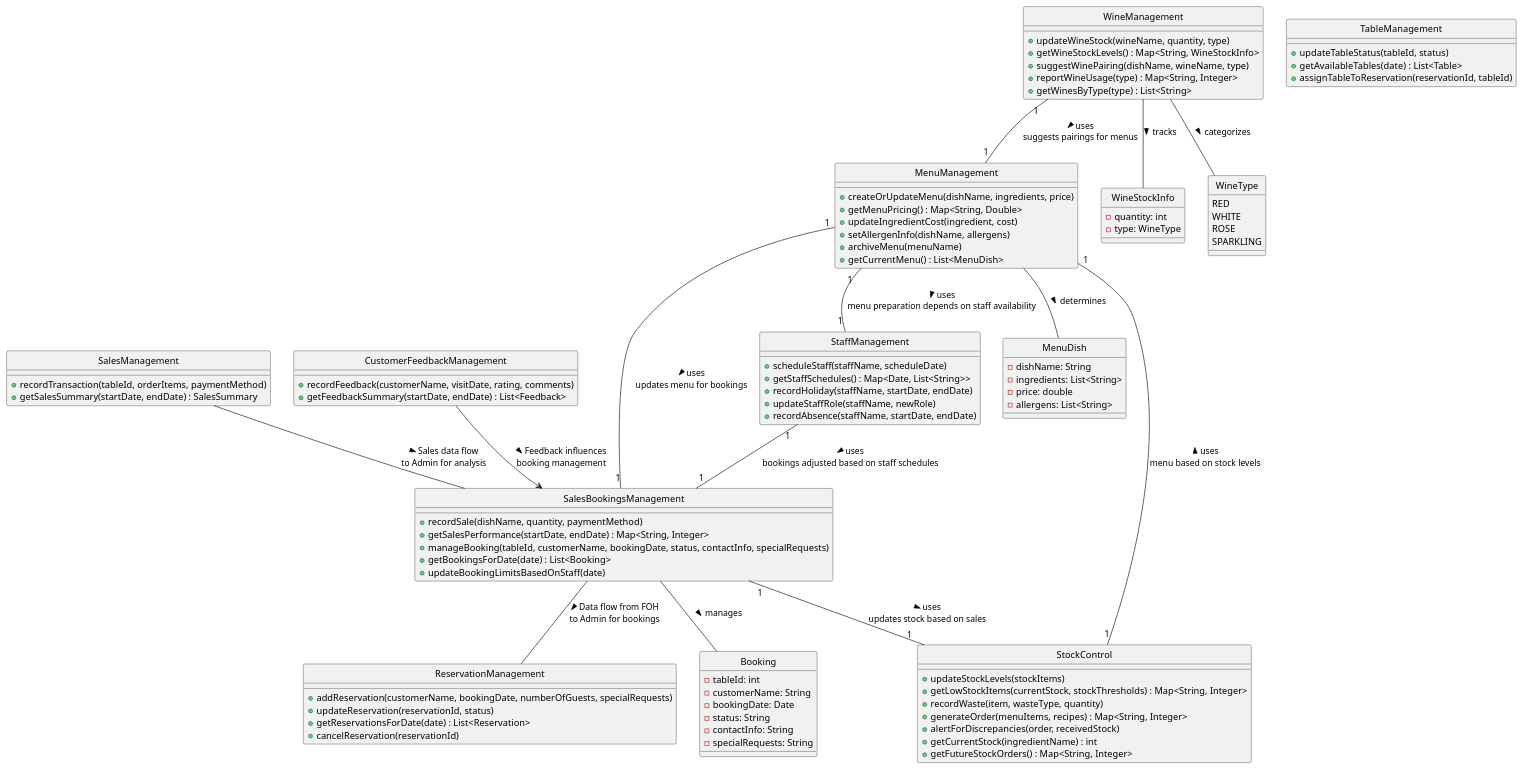
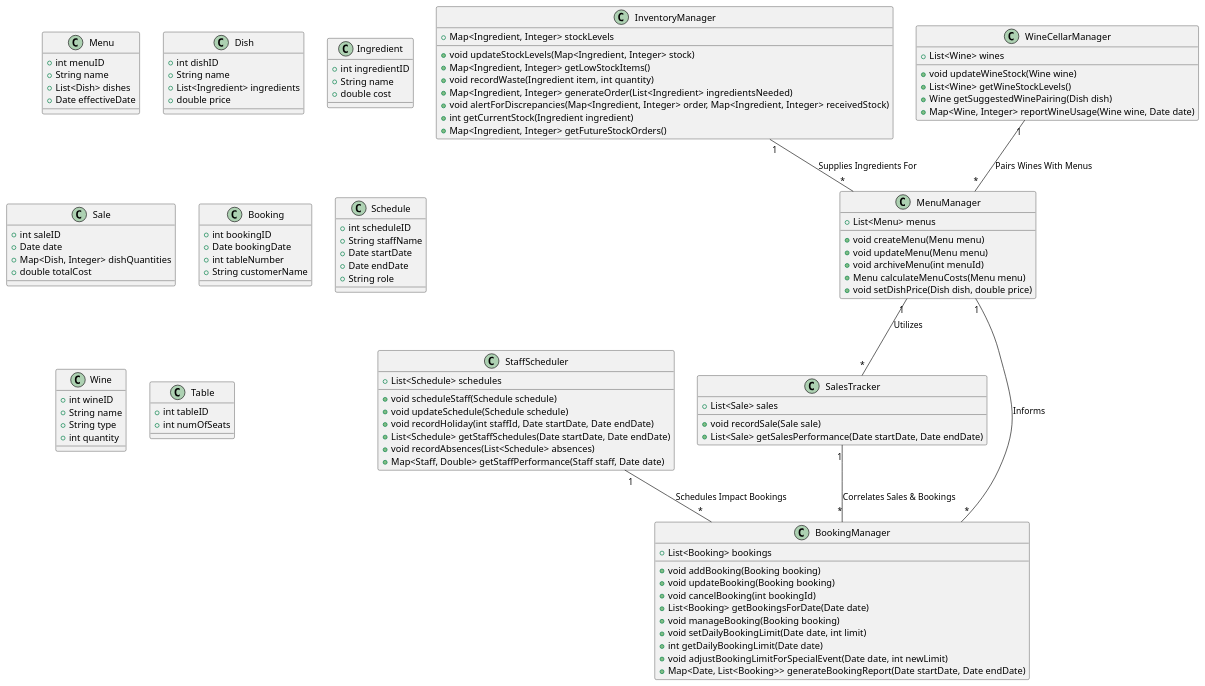
One commit to Rahim-Rahmatzada/LancastersRestManagementSys changed the diagram in ManagementSystem/teststs.puml. Above: the diagram before and after it, drawn with PlantUML. The commit also changed 55 other files, not shown here.

```diff
--- a/ManagementSystem/teststs.puml
+++ b/ManagementSystem/teststs.puml
@@ -1,118 +1,121 @@
-@startuml Lancaster_System_Software
-skinparam style strictuml
+@startuml
 
-' Define classes for Admin interfaces
-class MenuManagement {
-    +createOrUpdateMenu(dishName, ingredients, price)
-    +getMenuPricing() : Map<String, Double>
-    +updateIngredientCost(ingredient, cost)
-    +setAllergenInfo(dishName, allergens)
-    +archiveMenu(menuName)
-    +getCurrentMenu() : List<MenuDish>
+class Menu {
+    + int menuID
+    + String name
+    + List<Dish> dishes
+    + Date effectiveDate
 }
 
-class SalesBookingsManagement {
-    +recordSale(dishName, quantity, paymentMethod)
-    +getSalesPerformance(startDate, endDate) : Map<String, Integer>
-    +manageBooking(tableId, customerName, bookingDate, status, contactInfo, specialRequests)
-    +getBookingsForDate(date) : List<Booking>
-    +updateBookingLimitsBasedOnStaff(date)
+class Dish {
+    + int dishID
+    + String name
+    + List<Ingredient> ingredients
+    + double price
 }
 
-class StaffManagement {
-    +scheduleStaff(staffName, scheduleDate)
-    +getStaffSchedules() : Map<Date, List<String>>
-    +recordHoliday(staffName, startDate, endDate)
-    +updateStaffRole(staffName, newRole)
-    +recordAbsence(staffName, startDate, endDate)
+class Ingredient {
+    + int ingredientID
+    + String name
+    + double cost
 }
 
-class StockControl {
-    +updateStockLevels(stockItems)
-    +getLowStockItems(currentStock, stockThresholds) : Map<String, Integer>
-    +recordWaste(item, wasteType, quantity)
-    +generateOrder(menuItems, recipes) : Map<String, Integer>
-    +alertForDiscrepancies(order, receivedStock)
-    +getCurrentStock(ingredientName) : int
-    +getFutureStockOrders() : Map<String, Integer>
-}
-
-class WineManagement {
-    +updateWineStock(wineName, quantity, type)
-    +getWineStockLevels() : Map<String, WineStockInfo>
-    +suggestWinePairing(dishName, wineName, type)
-    +reportWineUsage(type) : Map<String, Integer>
-    +getWinesByType(type) : List<String>
-}
-
-' Define classes for FOH interfaces
-class ReservationManagement {
-    +addReservation(customerName, bookingDate, numberOfGuests, specialRequests)
-    +updateReservation(reservationId, status)
-    +getReservationsForDate(date) : List<Reservation>
-    +cancelReservation(reservationId)
-}
-
-class TableManagement {
-    +updateTableStatus(tableId, status)
-    +getAvailableTables(date) : List<Table>
-    +assignTableToReservation(reservationId, tableId)
-}
-
-class SalesManagement {
-    +recordTransaction(tableId, orderItems, paymentMethod)
-    +getSalesSummary(startDate, endDate) : SalesSummary
-}
-
-class CustomerFeedbackManagement {
-    +recordFeedback(customerName, visitDate, rating, comments)
-    +getFeedbackSummary(startDate, endDate) : List<Feedback>
-}
-
-' Relationships
-MenuManagement "1" -- "1" SalesBookingsManagement : "uses >\nupdates menu for bookings"
-MenuManagement "1" -- "1" StaffManagement : "uses >\nmenu preparation depends on staff availability"
-StockControl "1" -- "1" MenuManagement : "uses >\nmenu based on stock levels"
-SalesBookingsManagement "1" -- "1" StockControl : "uses >\nupdates stock based on sales"
-StaffManagement "1" -- "1" SalesBookingsManagement : "uses >\nbookings adjusted based on staff schedules"
-WineManagement "1" -- "1" MenuManagement : "uses >\nsuggests pairings for menus"
-
-SalesBookingsManagement -- ReservationManagement : "Data flow from FOH >\nto Admin for bookings"
-SalesManagement -- SalesBookingsManagement : "Sales data flow >\nto Admin for analysis"
-CustomerFeedbackManagement -down-> SalesBookingsManagement : "Feedback influences >\nbooking management"
-
-' Supporting Classes
-class MenuDish {
-    -dishName: String
-    -ingredients: List<String>
-    -price: double
-    -allergens: List<String>
+class Sale {
+    + int saleID
+    + Date date
+    + Map<Dish, Integer> dishQuantities
+    + double totalCost
 }
 
 class Booking {
-    -tableId: int
-    -customerName: String
-    -bookingDate: Date
-    -status: String
-    -contactInfo: String
-    -specialRequests: String
+    + int bookingID
+    + Date bookingDate
+    + int tableNumber
+    + String customerName
 }
 
-class WineStockInfo {
-    -quantity: int
-    -type: WineType
+class Schedule {
+    + int scheduleID
+    + String staffName
+    + Date startDate
+    + Date endDate
+    + String role
 }
 
-enum WineType {
-    RED
-    WHITE
-    ROSE
-    SPARKLING
+class Wine {
+    + int wineID
+    + String name
+    + String type
+    + int quantity
 }
 
-MenuManagement -- MenuDish : "determines >"
-SalesBookingsManagement -- Booking : "manages >"
-WineManagement -- WineStockInfo : "tracks >"
-WineManagement -- WineType : "categorizes >"
+class Table {
+    + int tableID
+    + int numOfSeats
+}
+
+class MenuManager {
+    + List<Menu> menus
+    + void createMenu(Menu menu)
+    + void updateMenu(Menu menu)
+    + void archiveMenu(int menuId)
+    + Menu calculateMenuCosts(Menu menu)
+    + void setDishPrice(Dish dish, double price)
+}
+
+class SalesTracker {
+    + List<Sale> sales
+    + void recordSale(Sale sale)
+    + List<Sale> getSalesPerformance(Date startDate, Date endDate)
+}
+
+class BookingManager {
+    + List<Booking> bookings
+    + void addBooking(Booking booking)
+    + void updateBooking(Booking booking)
+    + void cancelBooking(int bookingId)
+    + List<Booking> getBookingsForDate(Date date)
+    + void manageBooking(Booking booking)
+    + void setDailyBookingLimit(Date date, int limit)
+    + int getDailyBookingLimit(Date date)
+    + void adjustBookingLimitForSpecialEvent(Date date, int newLimit)
+    + Map<Date, List<Booking>> generateBookingReport(Date startDate, Date endDate)
+}
+
+class StaffScheduler {
+    + List<Schedule> schedules
+    + void scheduleStaff(Schedule schedule)
+    + void updateSchedule(Schedule schedule)
+    + void recordHoliday(int staffId, Date startDate, Date endDate)
+    + List<Schedule> getStaffSchedules(Date startDate, Date endDate)
+    + void recordAbsences(List<Schedule> absences)
+    + Map<Staff, Double> getStaffPerformance(Staff staff, Date date)
+}
+
+class InventoryManager {
+    + Map<Ingredient, Integer> stockLevels
+    + void updateStockLevels(Map<Ingredient, Integer> stock)
+    + Map<Ingredient, Integer> getLowStockItems()
+    + void recordWaste(Ingredient item, int quantity)
+    + Map<Ingredient, Integer> generateOrder(List<Ingredient> ingredientsNeeded)
+    + void alertForDiscrepancies(Map<Ingredient, Integer> order, Map<Ingredient, Integer> receivedStock)
+    + int getCurrentStock(Ingredient ingredient)
+    + Map<Ingredient, Integer> getFutureStockOrders()
+}
+
+class WineCellarManager {
+    + List<Wine> wines
+    + void updateWineStock(Wine wine)
+    + List<Wine> getWineStockLevels()
+    + Wine getSuggestedWinePairing(Dish dish)
+    + Map<Wine, Integer> reportWineUsage(Wine wine, Date date)
+}
+
+MenuManager "1" -- "*" SalesTracker : "Utilizes"
+MenuManager "1" -- "*" BookingManager : "Informs"
+SalesTracker "1" -- "*" BookingManager : "Correlates Sales & Bookings"
+StaffScheduler "1" -- "*" BookingManager : "Schedules Impact Bookings"
+InventoryManager "1" -- "*" MenuManager : "Supplies Ingredients For"
+WineCellarManager "1" -- "*" MenuManager : "Pairs Wines With Menus"
 
 @enduml
```
